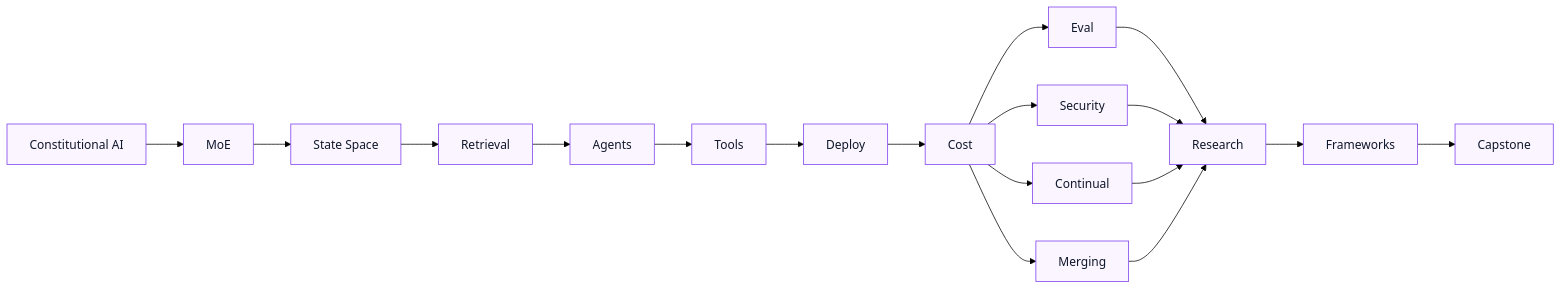
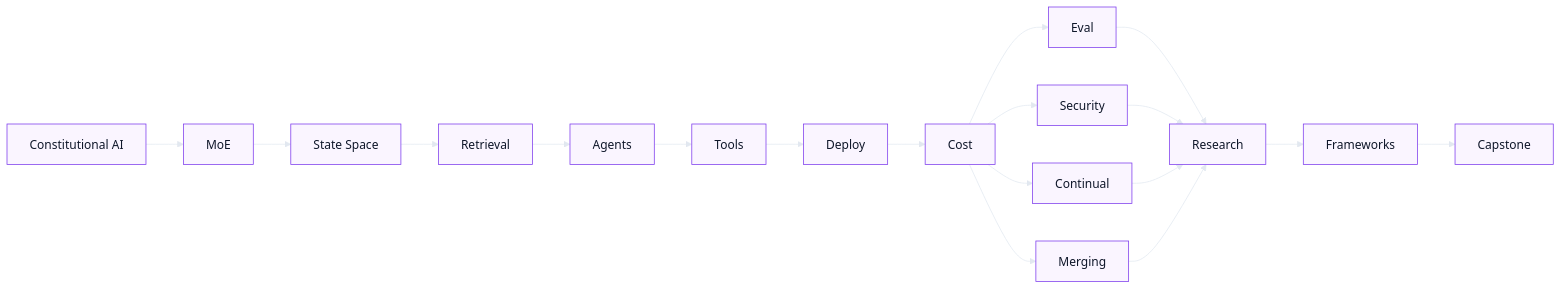
One commit to nexageapps/LLM changed the seventh of 7 diagrams in README.md. Above: the diagram before and after it, drawn with Mermaid. The commit also changed other lines of this file, not shown here.

````diff
--- a/README.md
+++ b/README.md
@@ -314,11 +314,11 @@
 ```mermaid
-%%{init: {'theme':'base', 'themeVariables': {'primaryTextColor':'#0f172a', 'primaryColor':'#ede9fe', 'primaryBorderColor':'#6d28d9', 'secondaryColor':'#fce7f3', 'tertiaryColor':'#dbeafe', 'background':'#ffffff', 'mainBkg':'#faf5ff', 'textColor':'#1e293b', 'nodeBorder':'#7c3aed', 'edgeColor':'#475569'}}}%%
+%%{init: {'theme':'base', 'themeVariables': {'primaryTextColor':'#0f172a', 'primaryColor':'#ede9fe', 'primaryBorderColor':'#6d28d9', 'secondaryColor':'#fce7f3', 'tertiaryColor':'#dbeafe', 'background':'#ffffff', 'mainBkg':'#faf5ff', 'textColor':'#1e293b', 'nodeBorder':'#7c3aed', 'edgeColor':'#e2e8f0', 'lineColor':'#e2e8f0', 'arrowheadColor':'#e2e8f0'}}}%%
 flowchart LR
     L46[Constitutional AI] --> L47[MoE]
     L47 --> L48[State Space]
     L48 --> L49[Retrieval]
     L49 --> L50[Agents] --> L51[Tools]
     L51 --> L52[Deploy] --> L53[Cost]
     L53 --> L54[Eval] & L55[Security] & L56[Continual] & L57[Merging]
     L54 & L55 & L56 & L57 --> L58[Research] --> L59[Frameworks] --> L60[Capstone]
 ```
````
